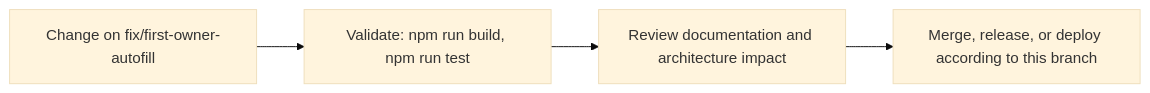
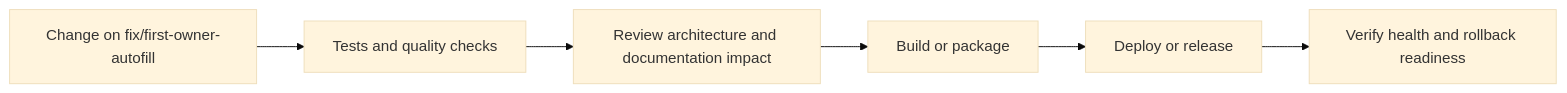
The sixth of 7 diagrams in README.md (Nischhalsubba/Formcraft), drawn with Mermaid (base theme) before and after one commit. The commit also changed other lines of this file, not shown here.

````diff
--- a/README.md
+++ b/README.md
@@ -64,8 +174,8 @@
 ```mermaid
 flowchart LR
-    CHANGE["Change on fix/first-owner-autofill"]
-    CHECK["Validate: npm run build, npm run test"]
-    REVIEW["Review documentation and architecture impact"]
-    RELEASE["Merge, release, or deploy according to this branch"]
-    CHANGE --> CHECK --> REVIEW --> RELEASE
+    CHANGE["Change on fix/first-owner-autofill"] --> CHECK["Tests and quality checks"]
+    CHECK --> REVIEW["Review architecture and documentation impact"]
+    REVIEW --> BUILD["Build or package"]
+    BUILD --> DEPLOY["Deploy or release"]
+    DEPLOY --> VERIFY["Verify health and rollback readiness"]
 ```
````
